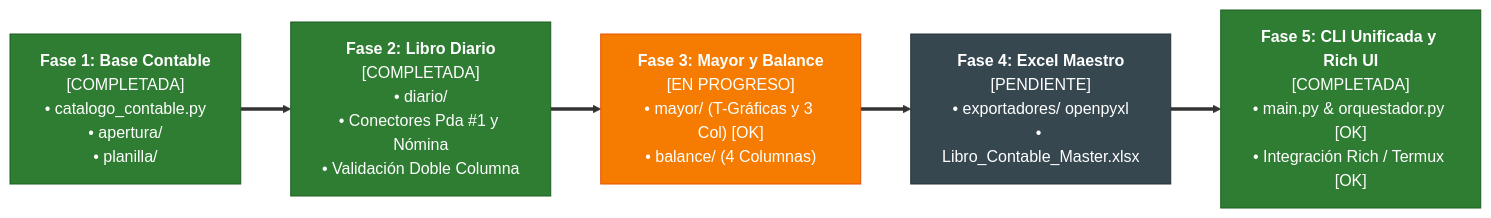
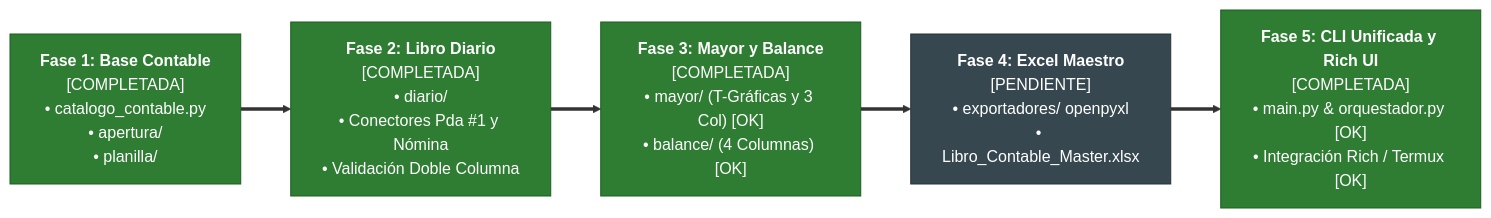
Before and after one commit to EmGamex/Accounting-Cycle-on-Python: the fifth of 5 diagrams in SISTEMA_CONTABLE_INTEGRAL.md, drawn with Mermaid. The commit also changed other lines of this file and 18 other files, not shown here.

````diff
--- a/SISTEMA_CONTABLE_INTEGRAL.md
+++ b/SISTEMA_CONTABLE_INTEGRAL.md
@@ -346,16 +346,16 @@
 ```mermaid
 flowchart LR
     F1["<b>Fase 1: Base Contable</b><br/>[COMPLETADA]<br/>• catalogo_contable.py<br/>• apertura/<br/>• planilla/"]
     F2["<b>Fase 2: Libro Diario</b><br/>[COMPLETADA]<br/>• diario/<br/>• Conectores Pda #1 y Nómina<br/>• Validación Doble Columna"]
-    F3["<b>Fase 3: Mayor y Balance</b><br/>[EN PROGRESO]<br/>• mayor/ (T-Gráficas y 3 Col) [OK]<br/>• balance/ (4 Columnas)"]
+    F3["<b>Fase 3: Mayor y Balance</b><br/>[COMPLETADA]<br/>• mayor/ (T-Gráficas y 3 Col) [OK]<br/>• balance/ (4 Columnas) [OK]"]
     F4["<b>Fase 4: Excel Maestro</b><br/>[PENDIENTE]<br/>• exportadores/ openpyxl<br/>• Libro_Contable_Master.xlsx"]
     F5["<b>Fase 5: CLI Unificada y Rich UI</b><br/>[COMPLETADA]<br/>• main.py & orquestador.py [OK]<br/>• Integración Rich / Termux [OK]"]
 
     F1 ==> F2 ==> F3 ==> F4 ==> F5
 
     style F1 fill:#2e7d32,stroke:#1b5e20,color:#ffffff
     style F2 fill:#2e7d32,stroke:#1b5e20,color:#ffffff
-    style F3 fill:#f57c00,stroke:#e65100,color:#ffffff
+    style F3 fill:#2e7d32,stroke:#1b5e20,color:#ffffff
     style F4 fill:#37474f,stroke:#263238,color:#ffffff
     style F5 fill:#2e7d32,stroke:#1b5e20,color:#ffffff
 ```
````
